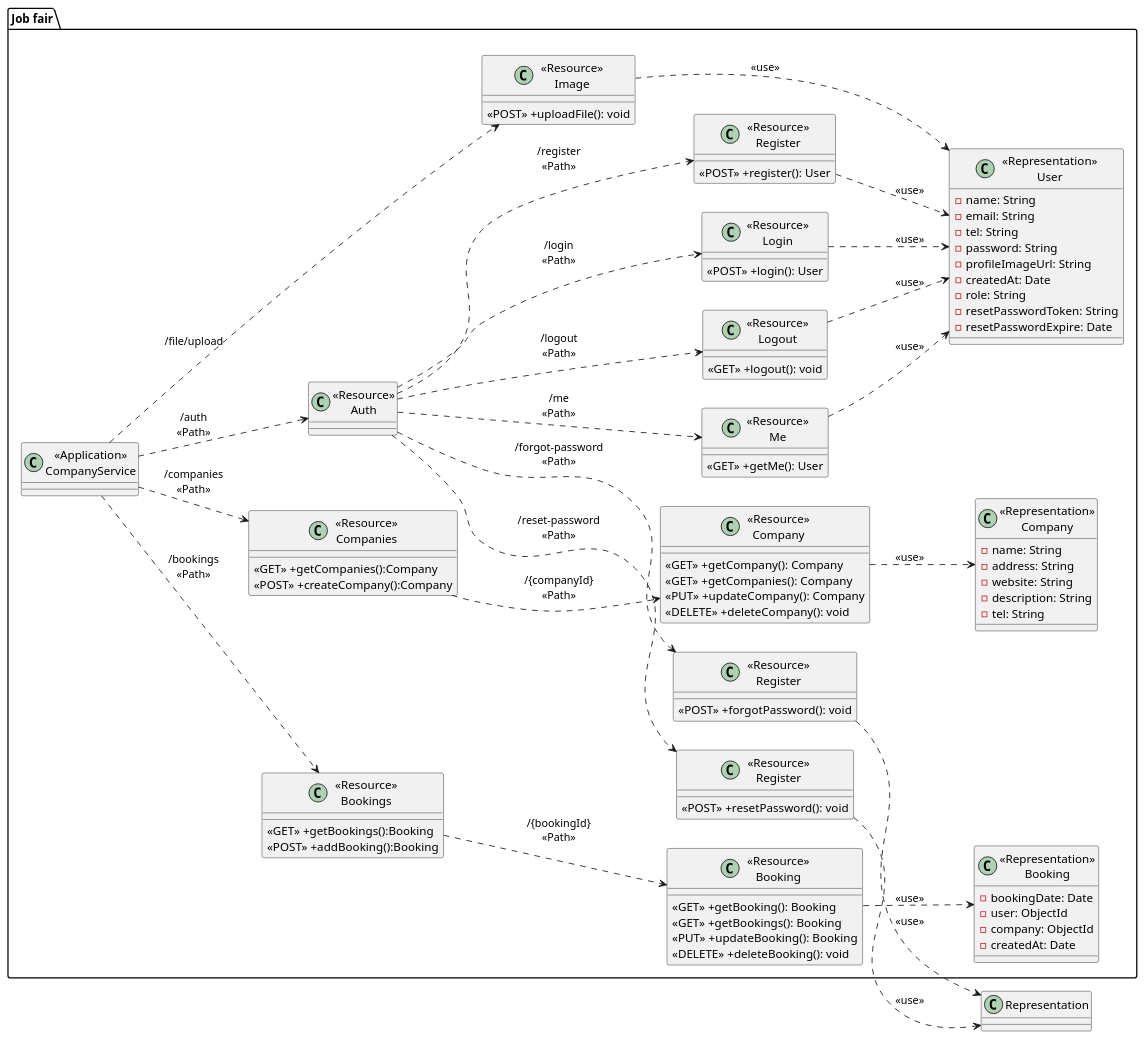
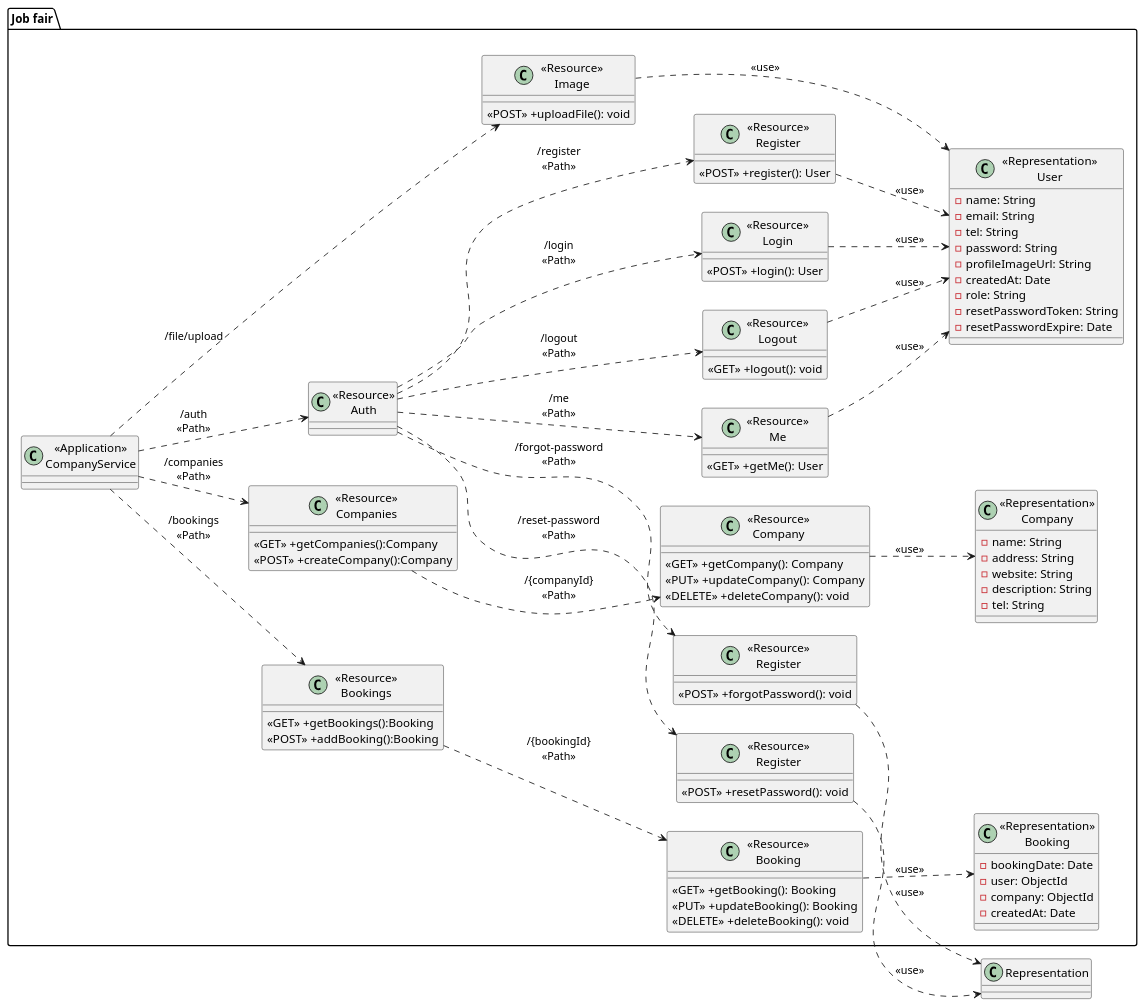
One commit to TeerapatChan/CU-JobfairBackend changed the diagram in diagram/class.puml. Above: the diagram before and after it, drawn with PlantUML.

```diff
--- a/diagram/class.puml
+++ b/diagram/class.puml
@@ -1,106 +1,104 @@
 @startuml ClassDiagram
 left to right direction
 package "Job fair"{
     class "<<Application>>\nCompanyService" as CompanyService{}
 
     class "<<Resource>>\nBookings" as ResourceBookings{
         <<GET>> +getBookings():Booking
         <<POST>> +addBooking():Booking
     }
 
     class "<<Resource>>\nCompanies" as ResourceCompanies{
         <<GET>> +getCompanies():Company
         <<POST>> +createCompany():Company
     }
 
     class "<<Resource>>\nAuth" as ResourceAuth{
     }
 
     class "<<Resource>>\nBooking" as ResourceBooking {
         <<GET>> +getBooking(): Booking
-        <<GET>> +getBookings(): Booking
         <<PUT>> +updateBooking(): Booking
         <<DELETE>> +deleteBooking(): void
     }
 
     class "<<Resource>>\nCompany" as ResourceCompany {
         <<GET>> +getCompany(): Company
-        <<GET>> +getCompanies(): Company
         <<PUT>> +updateCompany(): Company
         <<DELETE>> +deleteCompany(): void
     }
 
     class "<<Resource>>\nLogout" as ResourceLogout {
         <<GET>> +logout(): void
     }
 
     class "<<Resource>>\nLogin" as ResourceLogin {
         <<POST>> +login(): User
     }
     class "<<Resource>>\nRegister" as ResourceRegister {
         <<POST>> +register(): User
     }
     class "<<Resource>>\nMe" as ResourceMe {
         <<GET>> +getMe(): User
     }
     class "<<Resource>>\nRegister" as ResourceForgotPassword {
         <<POST>> +forgotPassword(): void
     }
     class "<<Resource>>\nRegister" as ResourceResetPassword {
         <<POST>> +resetPassword(): void
     }
 
     class "<<Resource>>\nImage" as ResourceImage {
         <<POST>> +uploadFile(): void
     }
 
     class "<<Representation>>\nBooking" as RepresentationBooking {
         -bookingDate: Date
         -user: ObjectId
         -company: ObjectId
         -createdAt: Date
     }
     class "<<Representation>>\nCompany" as RepresentationCompany {
         -name: String
         -address: String
         -website: String
         -description: String
         -tel: String
     }
     class "<<Representation>>\nUser" as RepresentationUser {
         -name: String
         -email: String
         -tel: String
         -password: String
         -profileImageUrl: String
         -createdAt: Date
         -role: String
         -resetPasswordToken: String
         -resetPasswordExpire: Date
     }
 }
 CompanyService ..> ResourceCompanies:"/companies\n<<Path>>"
 CompanyService ..> ResourceBookings:"/bookings\n<<Path>>"
 CompanyService ..> ResourceAuth:"/auth\n<<Path>>"
 CompanyService ..> ResourceImage:"/file/upload"
 
 ResourceBookings ..> ResourceBooking:"/{bookingId}\n<<Path>>"
 ResourceCompanies ..> ResourceCompany:"/{companyId}\n<<Path>>"
 ResourceAuth ..> ResourceLogin:"/login\n<<Path>>"
 ResourceAuth ..> ResourceLogout:"/logout\n<<Path>>"
 ResourceAuth ..> ResourceRegister:"/register\n<<Path>>"
 ResourceAuth ..> ResourceMe:"/me\n<<Path>>"
 ResourceAuth ..> ResourceForgotPassword:"/forgot-password\n<<Path>>"
 ResourceAuth ..> ResourceResetPassword:"/reset-password\n<<Path>>"
 
 ResourceBooking ..> RepresentationBooking:"<<use>>"
 ResourceCompany ..> RepresentationCompany:"<<use>>"
 ResourceImage ..> RepresentationUser:"<<use>>"
 ResourceLogin ..> RepresentationUser:"<<use>>"
 ResourceLogout ..> RepresentationUser:"<<use>>"
 ResourceRegister ..> RepresentationUser:"<<use>>"
 ResourceMe ..> RepresentationUser:"<<use>>"
 ResourceForgotPassword ..> Representation:"<<use>>"
 ResourceResetPassword ..> Representation:"<<use>>"
 
 @enduml
```
